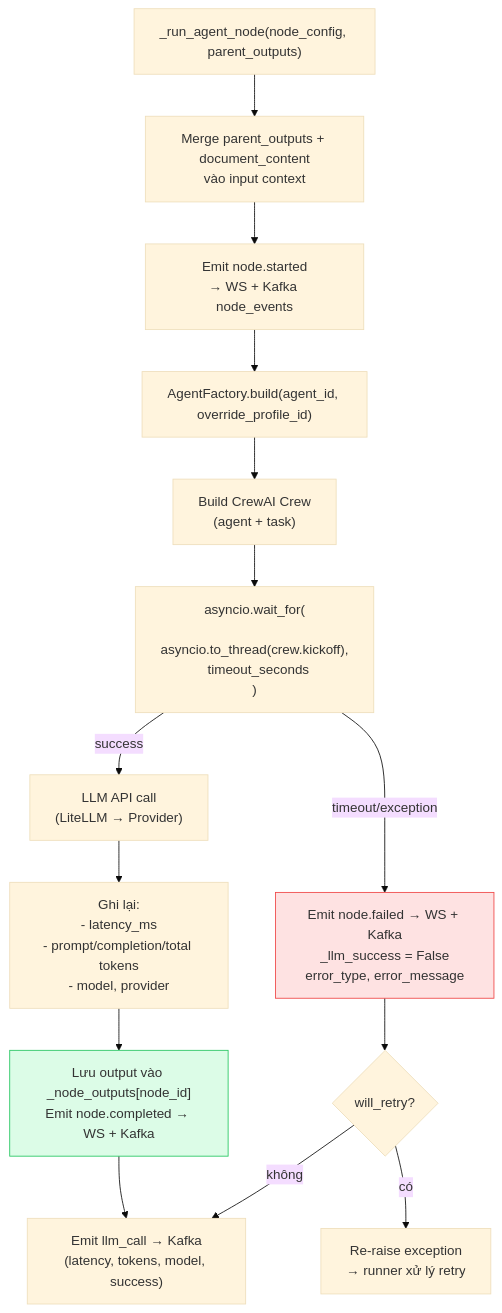
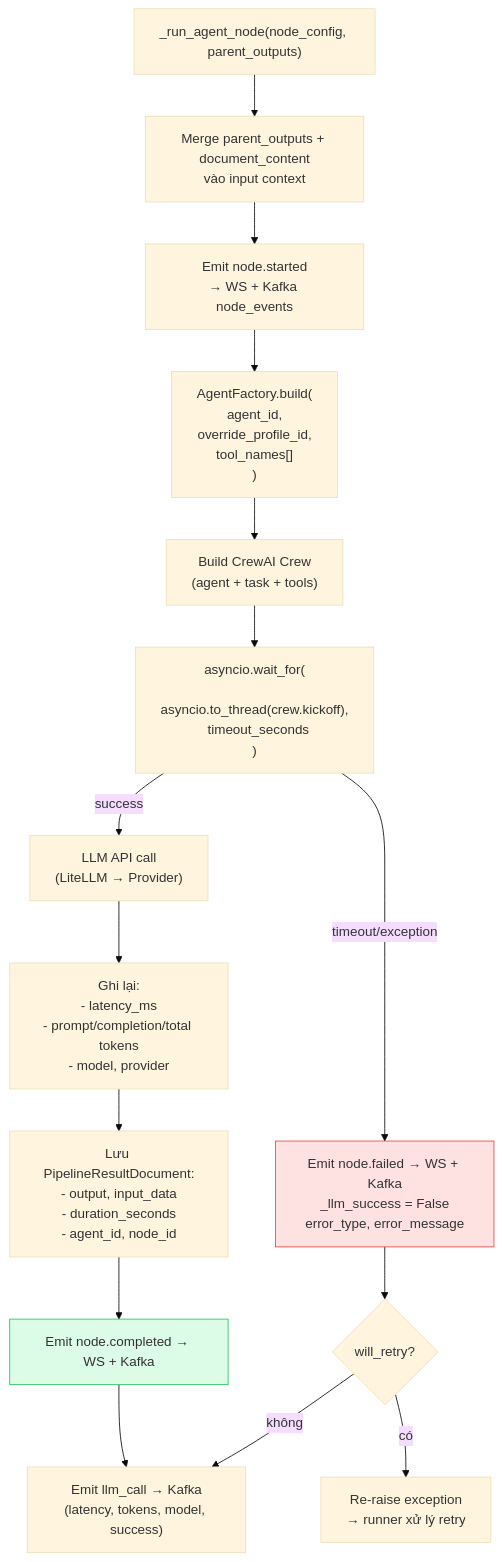
One commit to HenSanInDuty/agent-automation-testing changed the second of 6 diagrams in docs/pipeline-execution.md. Above: the diagram before and after it, drawn with Mermaid (base theme). The commit also changed other lines of this file and 6 other files, not shown here.

````diff
--- a/docs/pipeline-execution.md
+++ b/docs/pipeline-execution.md
@@ -50,25 +50,26 @@
 ```mermaid
 flowchart TD
     START["_run_agent_node(node_config, parent_outputs)"]
     MERGE["Merge parent_outputs + document_content\nvào input context"]
     EMIT_START["Emit node.started\n→ WS + Kafka node_events"]
-    BUILD_AGENT["AgentFactory.build(agent_id, override_profile_id)"]
-    BUILD_CREW["Build CrewAI Crew\n(agent + task)"]
+    BUILD_AGENT["AgentFactory.build(\n  agent_id,\n  override_profile_id,\n  tool_names[]\n)"]
+    BUILD_CREW["Build CrewAI Crew\n(agent + task + tools)"]
     TIMEOUT["asyncio.wait_for(\n  asyncio.to_thread(crew.kickoff),\n  timeout_seconds\n)"]
     LLM_CALL["LLM API call\n(LiteLLM → Provider)"]
     TRACK["Ghi lại:\n- latency_ms\n- prompt/completion/total tokens\n- model, provider"]
-    SUCCESS["Lưu output vào _node_outputs[node_id]\nEmit node.completed → WS + Kafka"]
+    SAVE["Lưu PipelineResultDocument:\n- output, input_data\n- duration_seconds\n- agent_id, node_id"]
+    SUCCESS["Emit node.completed → WS + Kafka"]
     LLM_EMIT["Emit llm_call → Kafka\n(latency, tokens, model, success)"]
     FAIL["Emit node.failed → WS + Kafka\n_llm_success = False\nerror_type, error_message"]
     RETRY_CHECK{"will_retry?"}
     RAISE["Re-raise exception\n→ runner xử lý retry"]
 
     START --> MERGE --> EMIT_START --> BUILD_AGENT --> BUILD_CREW --> TIMEOUT
-    TIMEOUT -->|success| LLM_CALL --> TRACK --> SUCCESS --> LLM_EMIT
+    TIMEOUT -->|success| LLM_CALL --> TRACK --> SAVE --> SUCCESS --> LLM_EMIT
     TIMEOUT -->|timeout/exception| FAIL --> RETRY_CHECK
     RETRY_CHECK -- có --> RAISE
     RETRY_CHECK -- không --> LLM_EMIT
 
     style SUCCESS fill:#dcfce7,stroke:#22c55e
     style FAIL fill:#fee2e2,stroke:#ef4444
 ```
````
